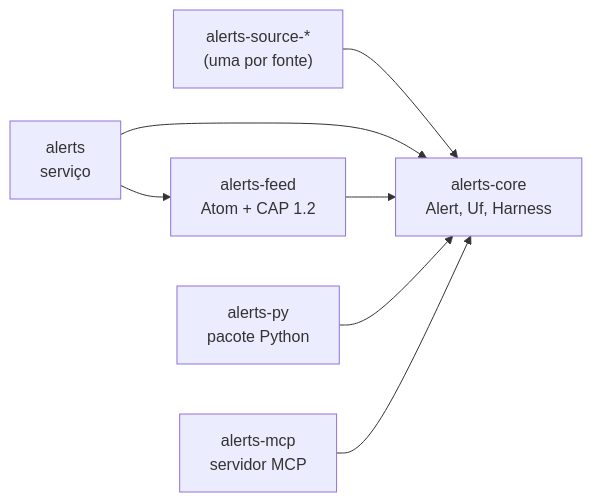
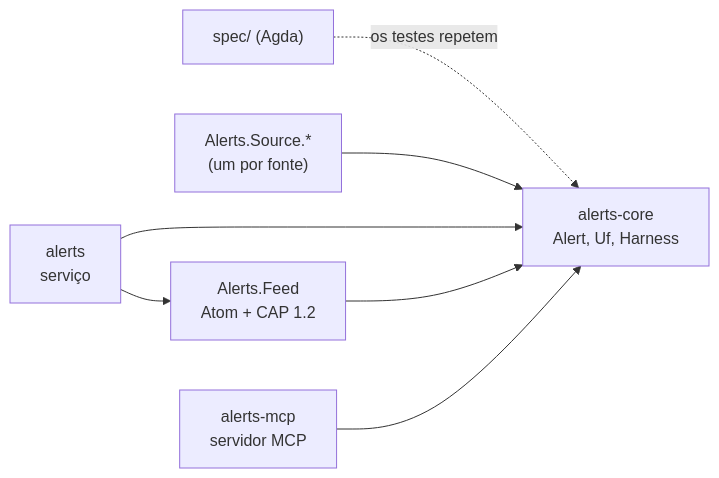
Before and after one commit to piabrota/alerts: the diagram in wiki/pt-BR/Arquitetura-pt-BR.md, drawn with Mermaid. The commit also changed other lines of this file and 227 other files, not shown here.

First line of the commit message:
feat: alerts inteiro em Haskell com especificação em Agda, sem Rust e sem mobile

````diff
--- a/wiki/pt-BR/Arquitetura-pt-BR.md
+++ b/wiki/pt-BR/Arquitetura-pt-BR.md
@@ -15,10 +14,10 @@
 ```mermaid
-%% figure: crates
-%% title: Quais crates existem e quem depende de quem?
+%% figure: packages
+%% title: Quais módulos existem e quem depende de quem?
 flowchart LR
-    S["alerts-source-*<br/>(uma por fonte)"] --> C["alerts-core<br/>Alert, Uf, Harness"]
+    Spec["spec/ (Agda)"] -. "os testes repetem" .-> C
+    S["Alerts.Source.*<br/>(um por fonte)"] --> C["alerts-core<br/>Alert, Uf, Harness"]
     D["alerts<br/>serviço"] --> C
-    D --> F["alerts-feed<br/>Atom + CAP 1.2"] --> C
-    P["alerts-py<br/>pacote Python"] --> C
+    D --> F["Alerts.Feed<br/>Atom + CAP 1.2"] --> C
     M["alerts-mcp<br/>servidor MCP"] --> C
 ```
````
